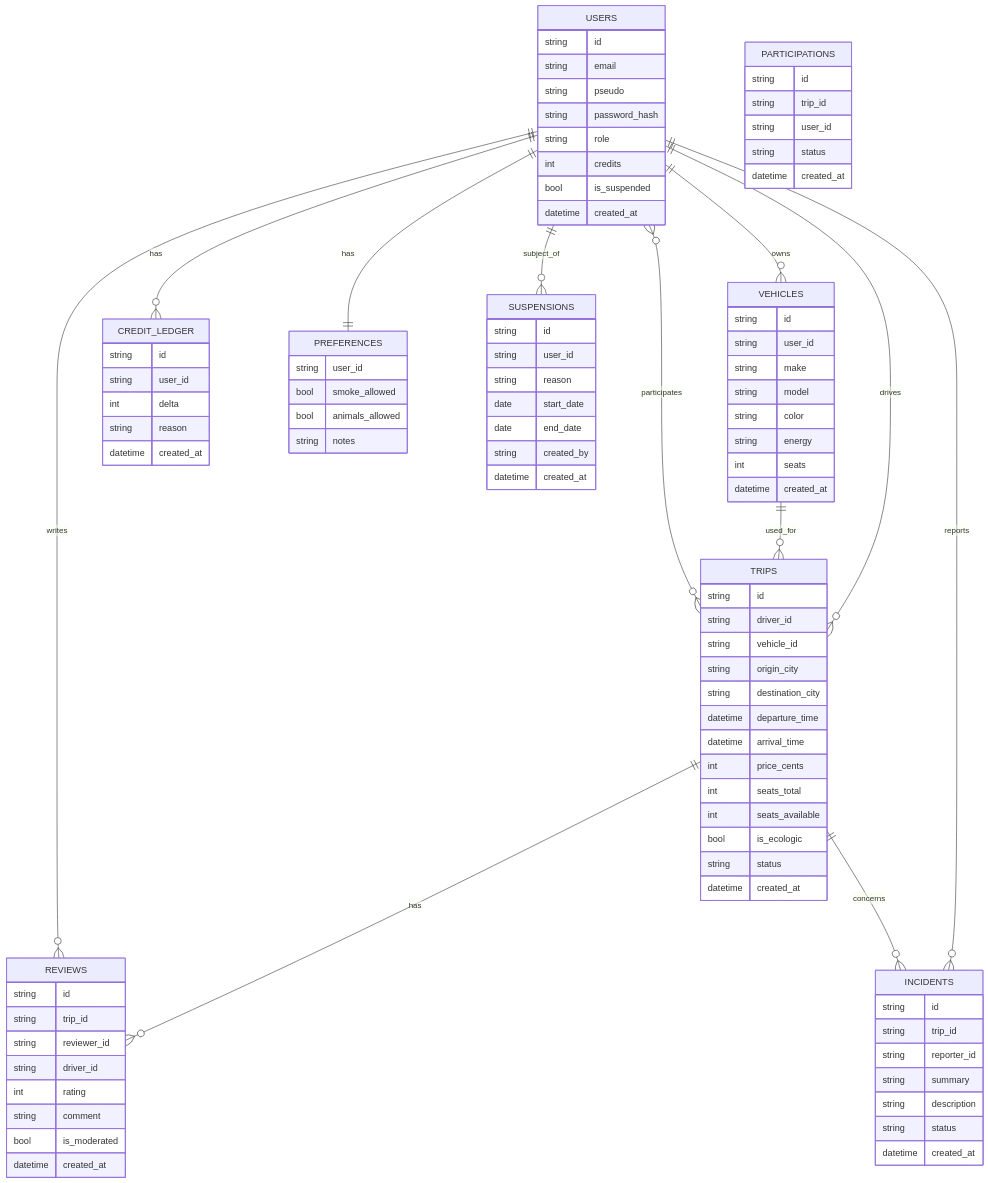
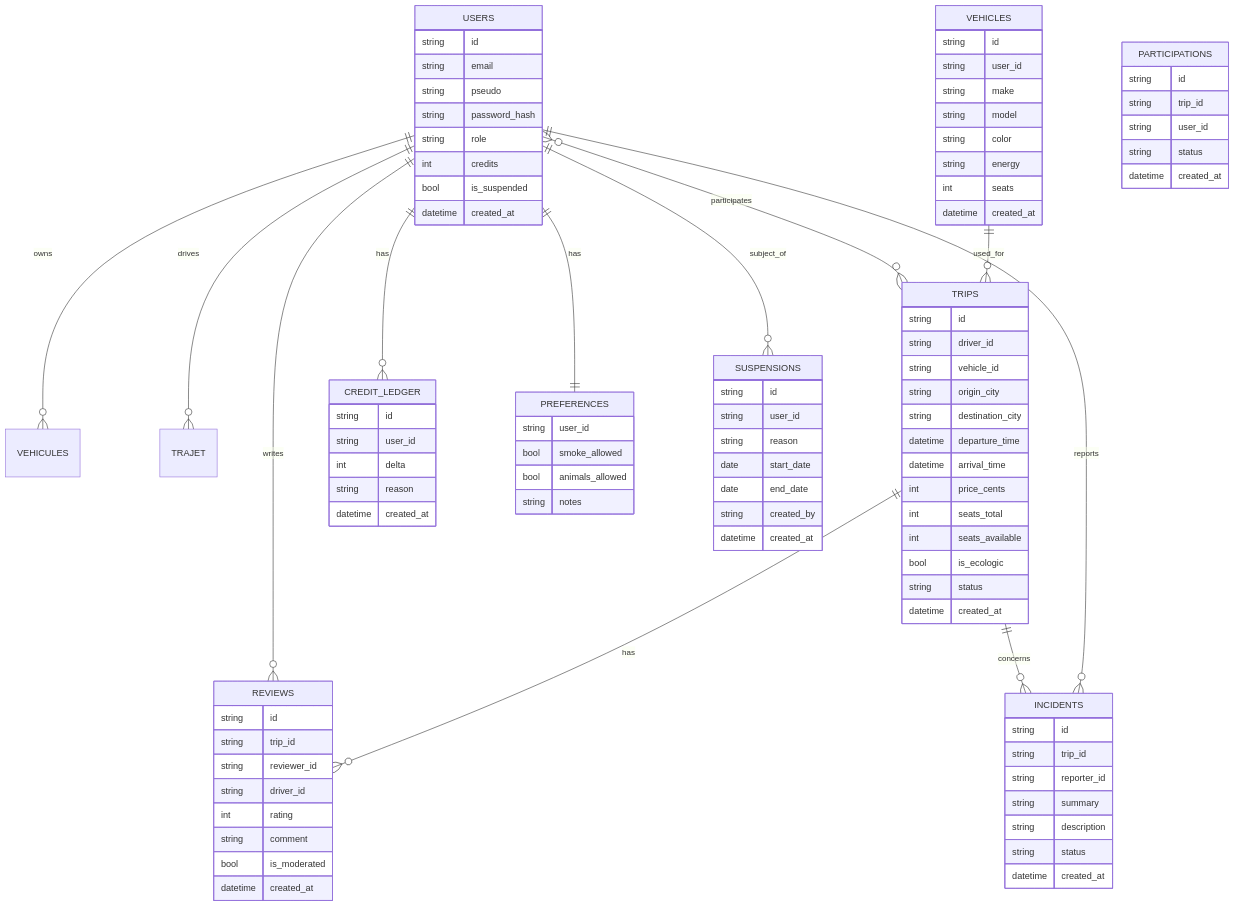
One commit to mle1989972/ecoride changed the diagram in MCD (1).md. Above: the diagram before and after it, drawn with Mermaid.

Commit message:
Update MCD (1).md

````diff
--- a/MCD (1).md
+++ b/MCD (1).md
@@ -7,7 +7,7 @@
 ```mermaid
 erDiagram
-  USERS ||--o{ VEHICLES : owns
-  USERS ||--o{ TRIPS : drives
+  USERS ||--o{ VEHICULES : owns
+  USERS ||--o{ TRAJET : drives
   VEHICLES ||--o{ TRIPS : used_for
   USERS }o--o{ TRIPS : participates
   TRIPS ||--o{ REVIEWS : has
````
